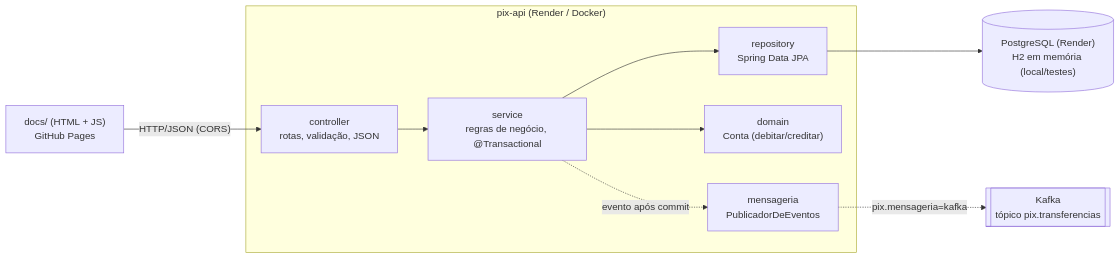
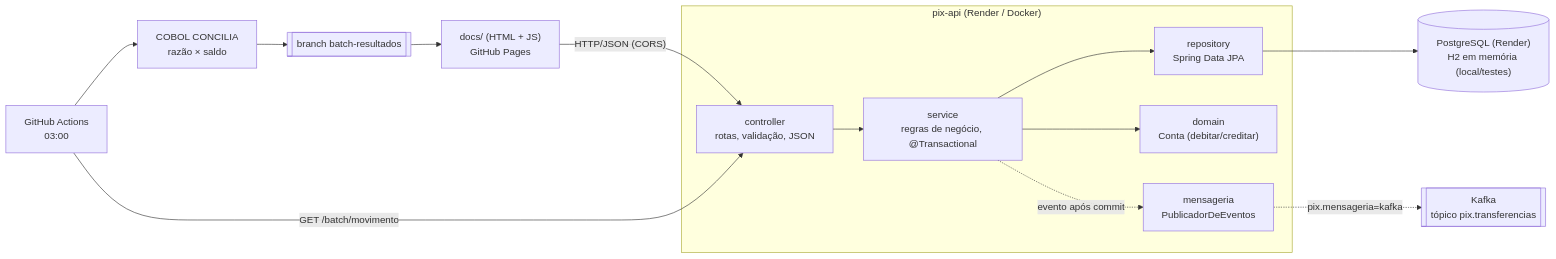
The first of 3 diagrams in README.md (RafaelNicolauiOS/pix-api), drawn with Mermaid before and after one commit. The commit also changed other lines of this file, not shown here.

Commit message:
Documenta o batch noturno em COBOL, o razão e o painel

````diff
--- a/README.md
+++ b/README.md
@@ -31,12 +35,16 @@
 ```mermaid
 flowchart LR
     Browser["docs/ (HTML + JS)<br/>GitHub Pages"] -- "HTTP/JSON (CORS)" --> C
     subgraph API["pix-api (Render / Docker)"]
         C["controller<br/>rotas, validação, JSON"] --> S["service<br/>regras de negócio, @Transactional"]
         S --> R["repository<br/>Spring Data JPA"]
         S --> D["domain<br/>Conta (debitar/creditar)"]
         S -. "evento após commit" .-> M["mensageria<br/>PublicadorDeEventos"]
     end
     M -. "pix.mensageria=kafka" .-> K[["Kafka<br/>tópico pix.transferencias"]]
     R --> DB[("PostgreSQL (Render)<br/>H2 em memória (local/testes)")]
+    GA["GitHub Actions<br/>03:00"] -- "GET /batch/movimento" --> C
+    GA --> CB["COBOL CONCILIA<br/>razão × saldo"]
+    CB --> BR[["branch batch-resultados"]]
+    BR --> Browser
 ```
````
